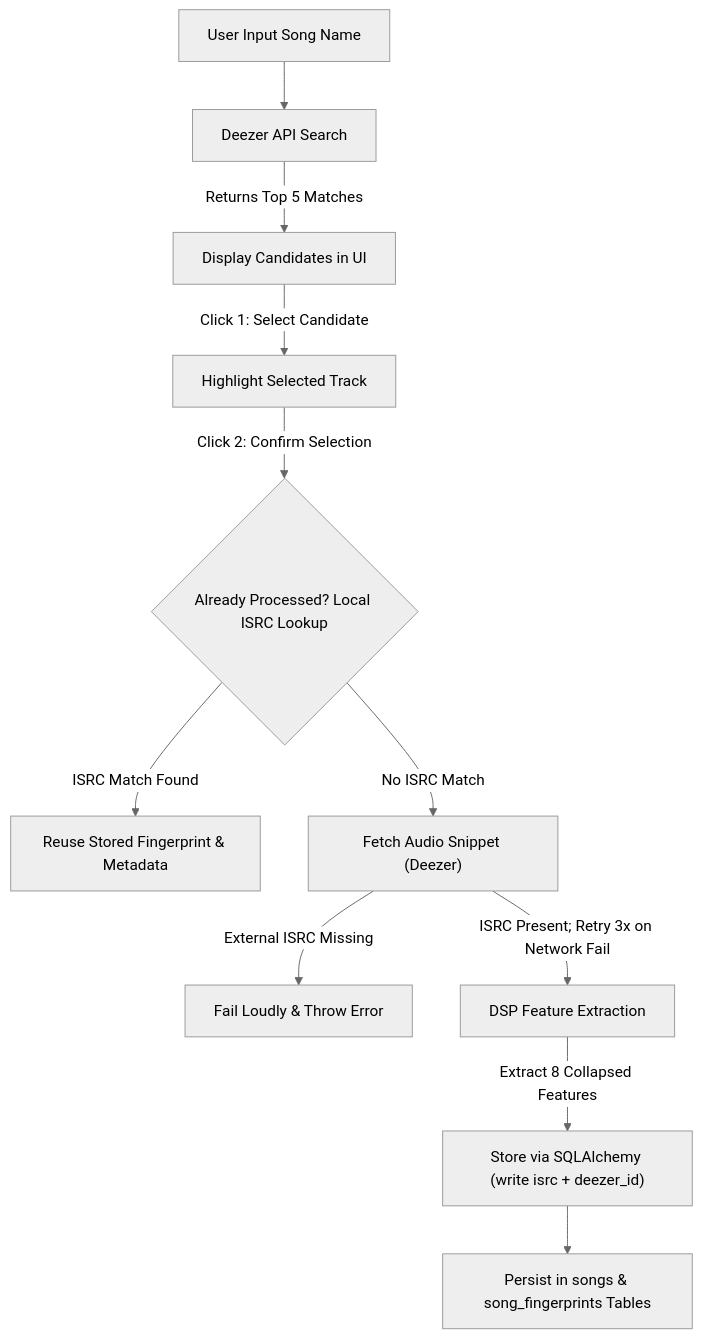
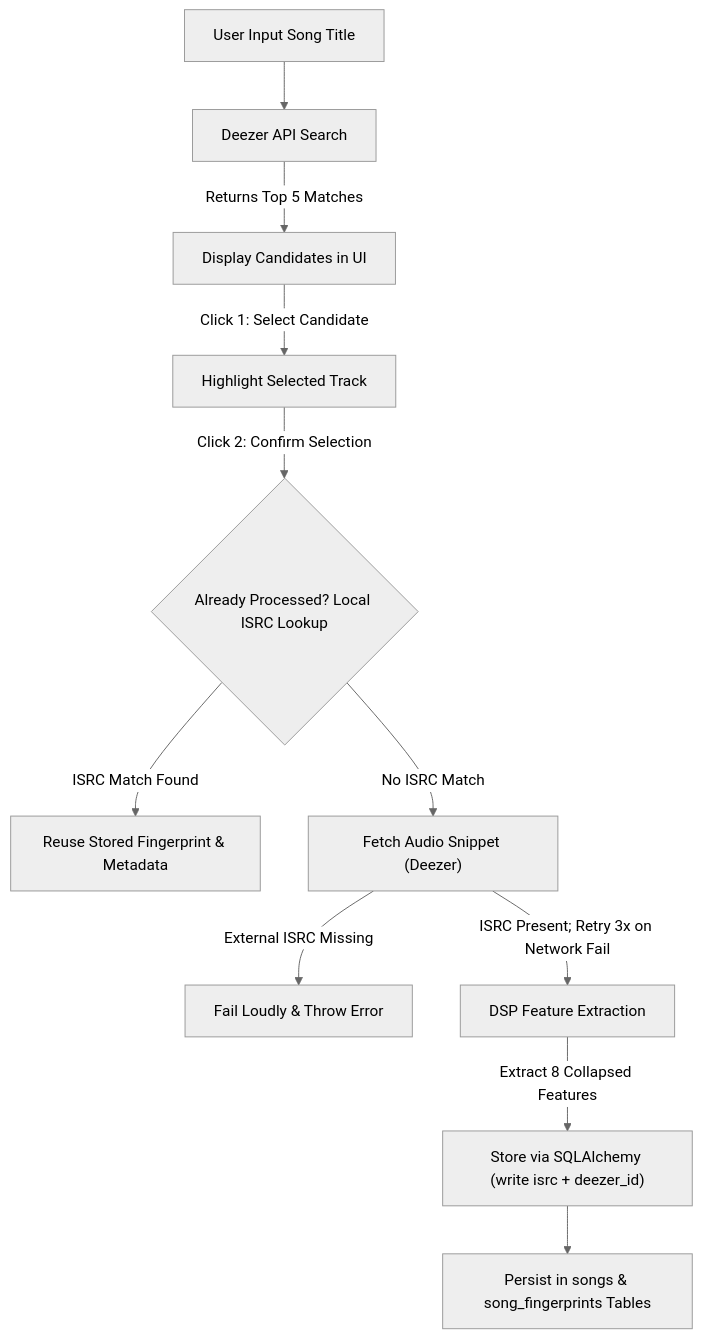
One commit to AhmedAl-Hayali/AgenticGenreGuru changed the second of 2 diagrams in specs/001-song-fingerprint-engine/data-model.md. Above: the diagram before and after it, drawn with Mermaid (neutral theme). The commit also changed 3 other files, not shown here.

Commit message:
docs(specs): rename instances of song name to song title for consistency

````diff
--- a/specs/001-song-fingerprint-engine/data-model.md
+++ b/specs/001-song-fingerprint-engine/data-model.md
@@ -86,13 +86,13 @@
 ```mermaid
 flowchart TD
-    A["User Input Song Name"] --> B["Deezer API Search"]
+    A["User Input Song Title"] --> B["Deezer API Search"]
     B -->|"Returns Top 5 Matches"| C["Display Candidates in UI"]
     C -->|"Click 1: Select Candidate"| D["Highlight Selected Track"]
     D -->|"Click 2: Confirm Selection"| DEDUP{"Already Processed? Local ISRC Lookup"}
     DEDUP -->|"ISRC Match Found"| REUSE["Reuse Stored Fingerprint & Metadata"]
     DEDUP -->|"No ISRC Match"| E["Fetch Audio Snippet (Deezer)"]
     E -->|"External ISRC Missing"| ERR["Fail Loudly & Throw Error"]
     E -->|"ISRC Present; Retry 3x on Network Fail"| F["DSP Feature Extraction"]
     F -->|"Extract 8 Collapsed Features"| G["Store via SQLAlchemy (write isrc + deezer_id)"]
     G --> H["Persist in songs & song_fingerprints Tables"]
 ```
````
